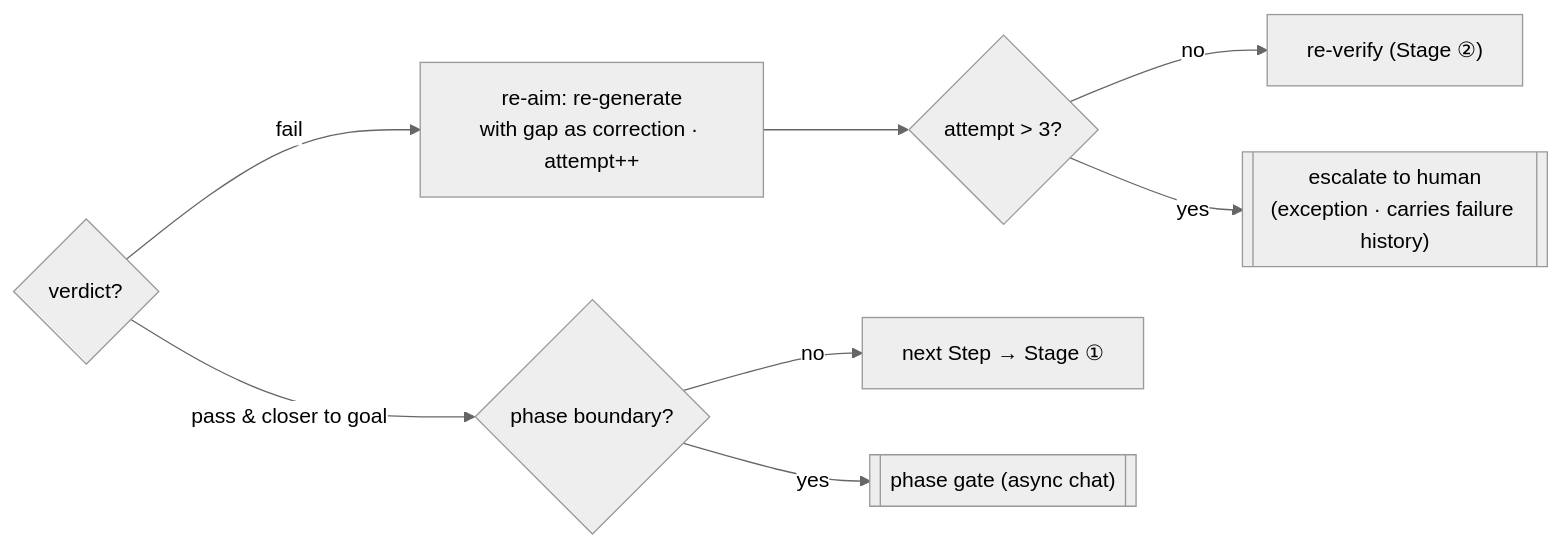
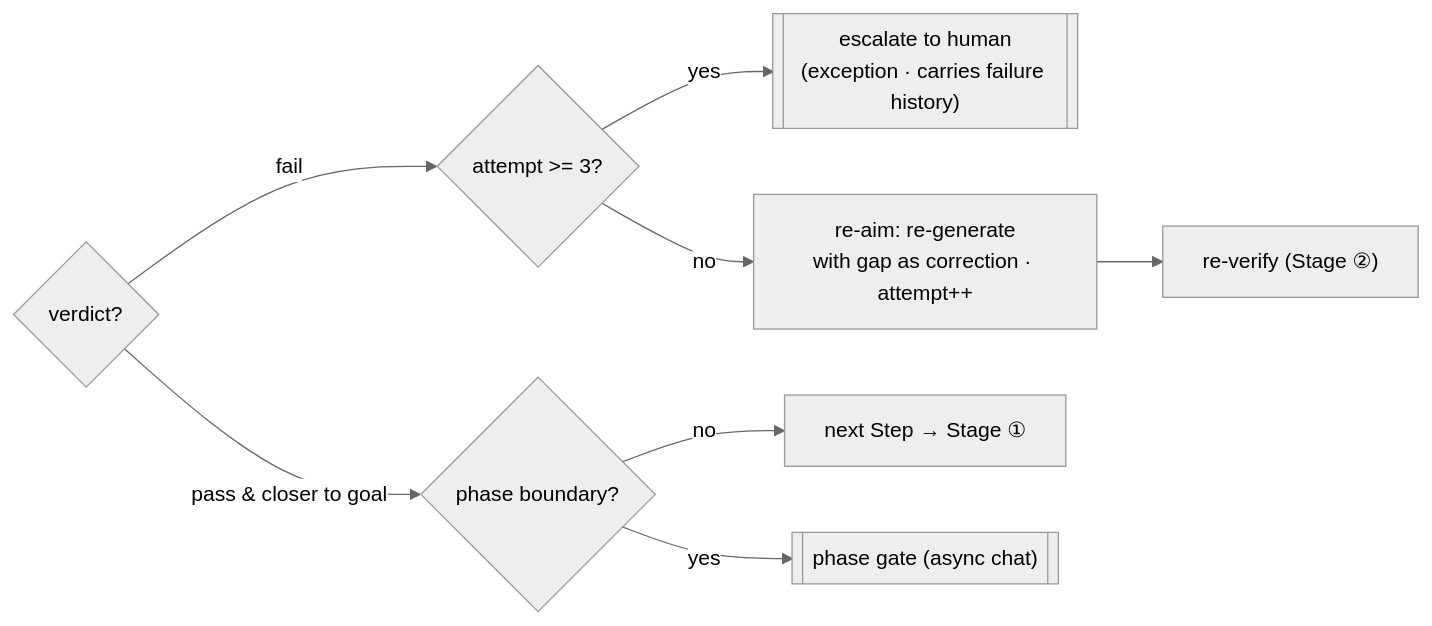
Before and after one commit to lovaizu/ccpm: the fourth of 4 diagrams in aiya/docs/design.md, drawn with Mermaid (neutral theme). The commit also changed other lines of this file, not shown here.

````diff
--- a/aiya/docs/design.md
+++ b/aiya/docs/design.md
@@ -123,10 +123,10 @@
 ```mermaid
 flowchart LR
     J{"verdict?"} -->|"pass & closer to goal"| B{"phase boundary?"}
-    J -->|"fail"| RA["re-aim: re-generate<br/>with gap as correction · attempt++"]
-    RA --> CAP{"attempt > 3?"}
-    CAP -->|"no"| V2["re-verify (Stage ②)"]
+    J -->|"fail"| CAP{"attempt >= 3?"}
     CAP -->|"yes"| ESC[["escalate to human<br/>(exception · carries failure history)"]]
+    CAP -->|"no"| RA["re-aim: re-generate<br/>with gap as correction · attempt++"]
+    RA --> V2["re-verify (Stage ②)"]
     B -->|"no"| NS["next Step → Stage ①"]
     B -->|"yes"| GATE[["phase gate (async chat)"]]
 ```
````
